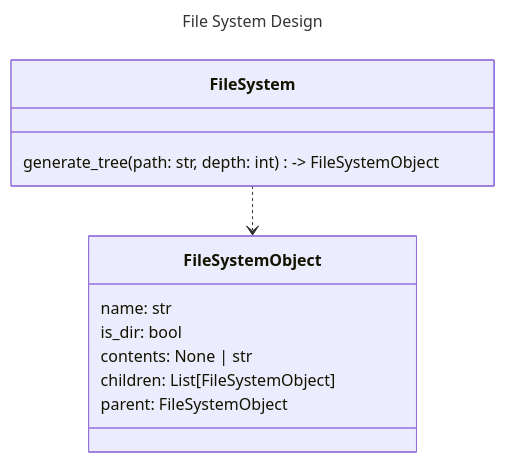
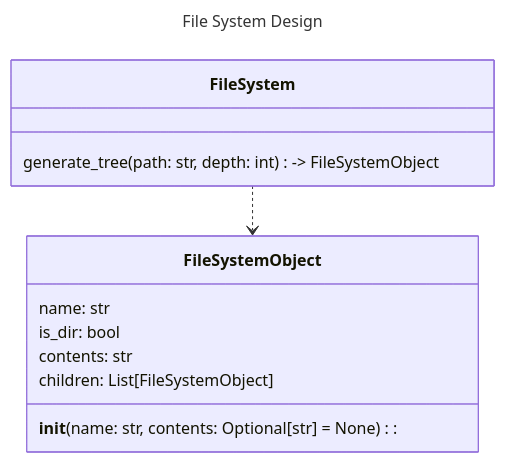
The diagram in docs/assets/src/fs_design.mmd (Oldranda1414/AutoDev), drawn with Mermaid before and after one commit. The commit also changed 3 other files, not shown here.

```diff
--- a/docs/assets/src/fs_design.mmd
+++ b/docs/assets/src/fs_design.mmd
@@ -1,17 +1,17 @@
 ---
 title: File System Design
 ---
 classDiagram
     class FileSystem {
         generate_tree(path: str, depth: int) -> FileSystemObject
     }
 
     class FileSystemObject {
+        __init__(name: str, contents: Optional[str] = None):
         name: str
         is_dir: bool
-        contents: None | str
+        contents: str
         children: List[FileSystemObject]
-        parent: FileSystemObject
     }
 
     FileSystem ..> FileSystemObject
```
